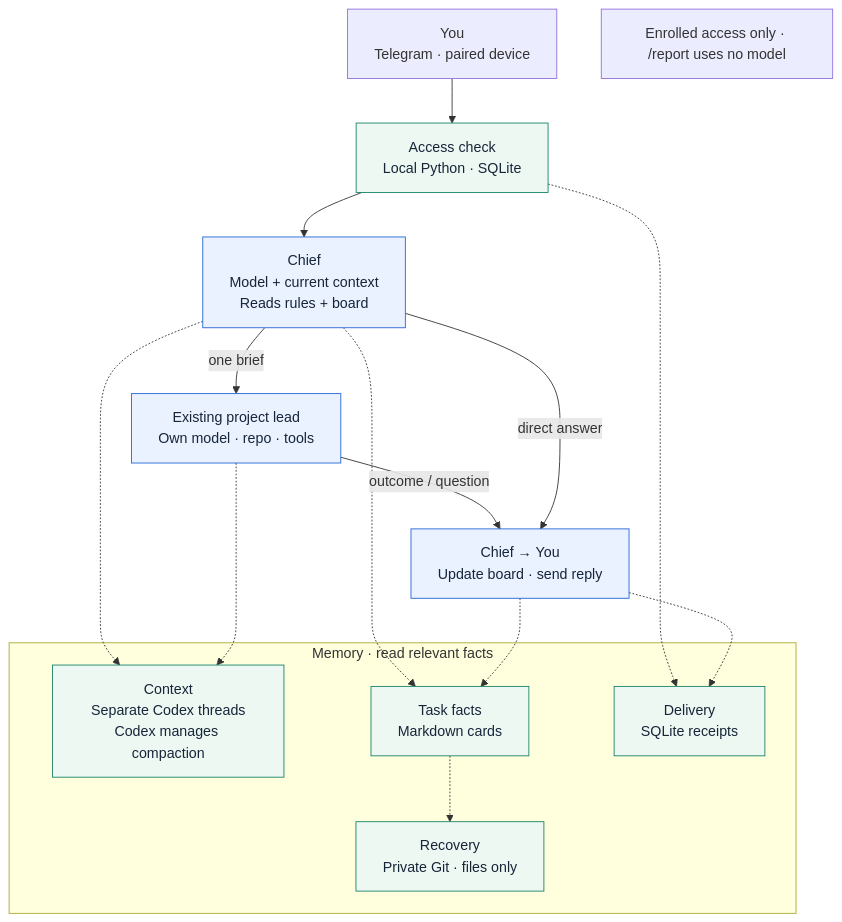
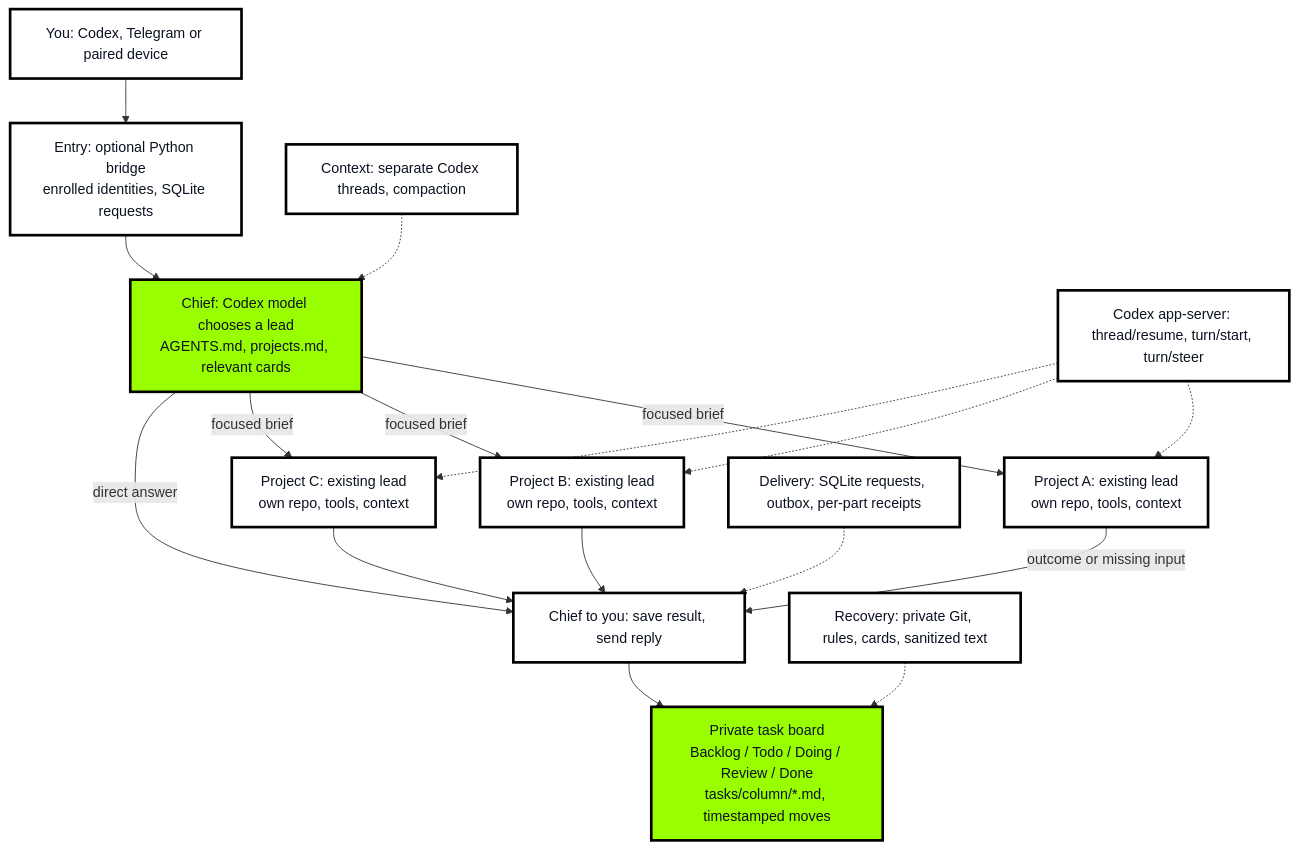
One commit to MarcoWorms/marcoworms.github.io changed the diagram in chief/architecture.mmd. Above: the diagram before and after it, drawn with Mermaid. The commit also changed 3 other files, not shown here.

Commit message:
Brand the combined Chief diagram for Templ

```diff
--- a/chief/architecture.mmd
+++ b/chief/architecture.mmd
@@ -1,28 +1,21 @@
-flowchart TB
-    U["You<br/>Telegram · paired device"]
-    A["Access check<br/>Local Python · SQLite"]
-    C["Chief<br/>Model + current context<br/>Reads rules + board"]
-    P["Existing project lead<br/>Own model · repo · tools"]
-    R["Chief → You<br/>Update board · send reply"]
-    U --> A --> C
-    C -->|one brief| P
-    P -->|outcome / question| R
-    C -->|direct answer| R
-    subgraph M["Memory · read relevant facts"]
-      CT["Context<br/>Separate Codex threads<br/>Codex manages compaction"]
-      TF["Task facts<br/>Markdown cards"]
-      DL["Delivery<br/>SQLite receipts"]
-      BK["Recovery<br/>Private Git · files only"]
-    end
-    C -.-> CT
-    P -.-> CT
-    C -.-> TF
-    R -.-> TF
-    A -.-> DL
-    R -.-> DL
-    TF -.-> BK
-    N["Enrolled access only · /report uses no model"]
-    classDef model fill:#eaf1ff,stroke:#2465d8,color:#162538;
-    classDef memory fill:#eef8f3,stroke:#178269,color:#162538;
-    class C,P,R model;
-    class A,CT,TF,DL,BK memory;
+flowchart TD
+  U[You: Codex, Telegram or paired device] --> E[Entry: optional Python bridge<br/>enrolled identities, SQLite requests]
+  E --> C[Chief: Codex model chooses a lead<br/>AGENTS.md, projects.md, relevant cards]
+  C -->|focused brief| A[Project A: existing lead<br/>own repo, tools, context]
+  C -->|focused brief| B[Project B: existing lead<br/>own repo, tools, context]
+  C -->|focused brief| D[Project C: existing lead<br/>own repo, tools, context]
+  A -->|outcome or missing input| R[Chief to you: save result, send reply]
+  B --> R
+  D --> R
+  C -->|direct answer| R
+  R --> K[Private task board<br/>Backlog / Todo / Doing / Review / Done<br/>tasks/column/*.md, timestamped moves]
+  M[Context: separate Codex threads, compaction] -.-> C
+  Q[Delivery: SQLite requests, outbox, per-part receipts] -.-> R
+  G[Recovery: private Git, rules, cards, sanitized text] -.-> K
+  X[Codex app-server: thread/resume, turn/start, turn/steer] -.-> A
+  X -.-> B
+  X -.-> D
+  classDef primary fill:#99ff00,stroke:#000,color:#0b1220,stroke-width:3px;
+  classDef plain fill:#fff,stroke:#000,color:#0b1220,stroke-width:3px;
+  class C,K primary;
+  class U,E,A,B,D,R,M,Q,G,X plain;
```
